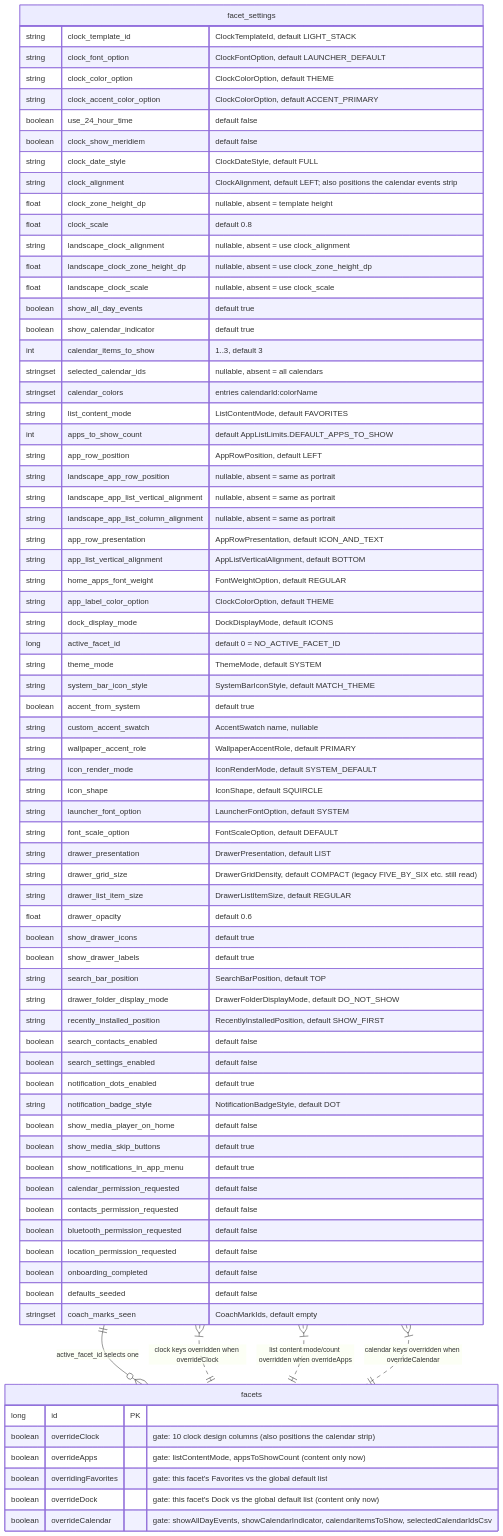
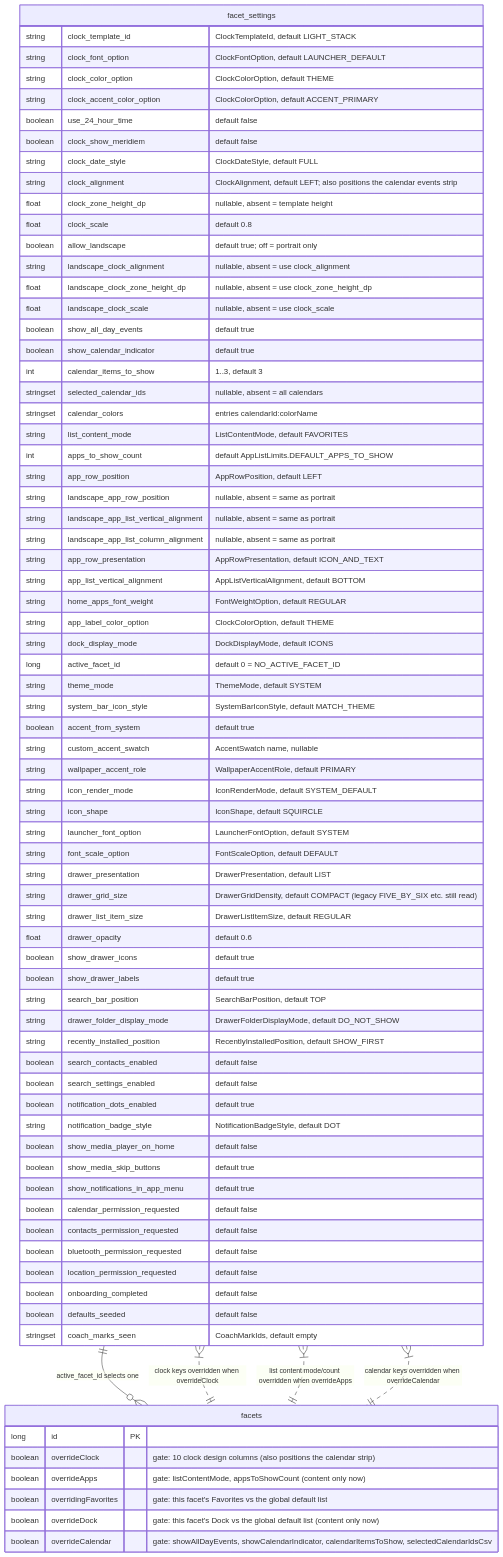
Before and after one commit to rohitganjam/facet-launcher: the third of 3 diagrams in docs/architecture/02-persistence-room.md, drawn with Mermaid. The commit also changed other lines of this file and 24 other files, not shown here.

First line of the commit message:
Settings: an Allow landscape mode switch

````diff
--- a/docs/architecture/02-persistence-room.md
+++ b/docs/architecture/02-persistence-room.md
@@ -305,81 +305,82 @@
 ```mermaid
 erDiagram
     facet_settings {
         string clock_template_id "ClockTemplateId, default LIGHT_STACK"
         string clock_font_option "ClockFontOption, default LAUNCHER_DEFAULT"
         string clock_color_option "ClockColorOption, default THEME"
         string clock_accent_color_option "ClockColorOption, default ACCENT_PRIMARY"
         boolean use_24_hour_time "default false"
         boolean clock_show_meridiem "default false"
         string clock_date_style "ClockDateStyle, default FULL"
         string clock_alignment "ClockAlignment, default LEFT; also positions the calendar events strip"
         float clock_zone_height_dp "nullable, absent = template height"
         float clock_scale "default 0.8"
+        boolean allow_landscape "default true; off = portrait only"
         string landscape_clock_alignment "nullable, absent = use clock_alignment"
         float landscape_clock_zone_height_dp "nullable, absent = use clock_zone_height_dp"
         float landscape_clock_scale "nullable, absent = use clock_scale"
         boolean show_all_day_events "default true"
         boolean show_calendar_indicator "default true"
         int calendar_items_to_show "1..3, default 3"
         stringset selected_calendar_ids "nullable, absent = all calendars"
         stringset calendar_colors "entries calendarId:colorName"
         string list_content_mode "ListContentMode, default FAVORITES"
         int apps_to_show_count "default AppListLimits.DEFAULT_APPS_TO_SHOW"
         string app_row_position "AppRowPosition, default LEFT"
         string landscape_app_row_position "nullable, absent = same as portrait"
         string landscape_app_list_vertical_alignment "nullable, absent = same as portrait"
         string landscape_app_list_column_alignment "nullable, absent = same as portrait"
         string app_row_presentation "AppRowPresentation, default ICON_AND_TEXT"
         string app_list_vertical_alignment "AppListVerticalAlignment, default BOTTOM"
         string home_apps_font_weight "FontWeightOption, default REGULAR"
         string app_label_color_option "ClockColorOption, default THEME"
         string dock_display_mode "DockDisplayMode, default ICONS"
         long active_facet_id "default 0 = NO_ACTIVE_FACET_ID"
         string theme_mode "ThemeMode, default SYSTEM"
         string system_bar_icon_style "SystemBarIconStyle, default MATCH_THEME"
         boolean accent_from_system "default true"
         string custom_accent_swatch "AccentSwatch name, nullable"
         string wallpaper_accent_role "WallpaperAccentRole, default PRIMARY"
         string icon_render_mode "IconRenderMode, default SYSTEM_DEFAULT"
         string icon_shape "IconShape, default SQUIRCLE"
         string launcher_font_option "LauncherFontOption, default SYSTEM"
         string font_scale_option "FontScaleOption, default DEFAULT"
         string drawer_presentation "DrawerPresentation, default LIST"
         string drawer_grid_size "DrawerGridDensity, default COMPACT (legacy FIVE_BY_SIX etc. still read)"
         string drawer_list_item_size "DrawerListItemSize, default REGULAR"
         float drawer_opacity "default 0.6"
         boolean show_drawer_icons "default true"
         boolean show_drawer_labels "default true"
         string search_bar_position "SearchBarPosition, default TOP"
         string drawer_folder_display_mode "DrawerFolderDisplayMode, default DO_NOT_SHOW"
         string recently_installed_position "RecentlyInstalledPosition, default SHOW_FIRST"
         boolean search_contacts_enabled "default false"
         boolean search_settings_enabled "default false"
         boolean notification_dots_enabled "default true"
         string notification_badge_style "NotificationBadgeStyle, default DOT"
         boolean show_media_player_on_home "default false"
         boolean show_media_skip_buttons "default true"
         boolean show_notifications_in_app_menu "default true"
         boolean calendar_permission_requested "default false"
         boolean contacts_permission_requested "default false"
         boolean bluetooth_permission_requested "default false"
         boolean location_permission_requested "default false"
         boolean onboarding_completed "default false"
         boolean defaults_seeded "default false"
         stringset coach_marks_seen "CoachMarkIds, default empty"
     }
 
     facets {
         long id PK
         boolean overrideClock "gate: 10 clock design columns (also positions the calendar strip)"
         boolean overrideApps "gate: listContentMode, appsToShowCount (content only now)"
         boolean overridingFavorites "gate: this facet's Favorites vs the global default list"
         boolean overrideDock "gate: this facet's Dock vs the global default list (content only now)"
         boolean overrideCalendar "gate: showAllDayEvents, showCalendarIndicator, calendarItemsToShow, selectedCalendarIdsCsv"
     }
 
     facet_settings ||--o{ facets : "active_facet_id selects one"
     facet_settings }|..|| facets : "clock keys overridden when overrideClock"
     facet_settings }|..|| facets : "list content mode/count overridden when overrideApps"
     facet_settings }|..|| facets : "calendar keys overridden when overrideCalendar"
 ```
````
